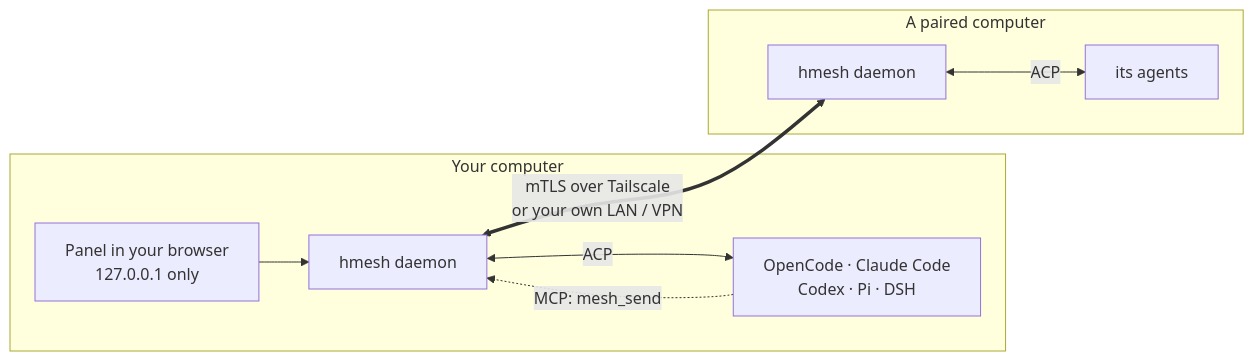
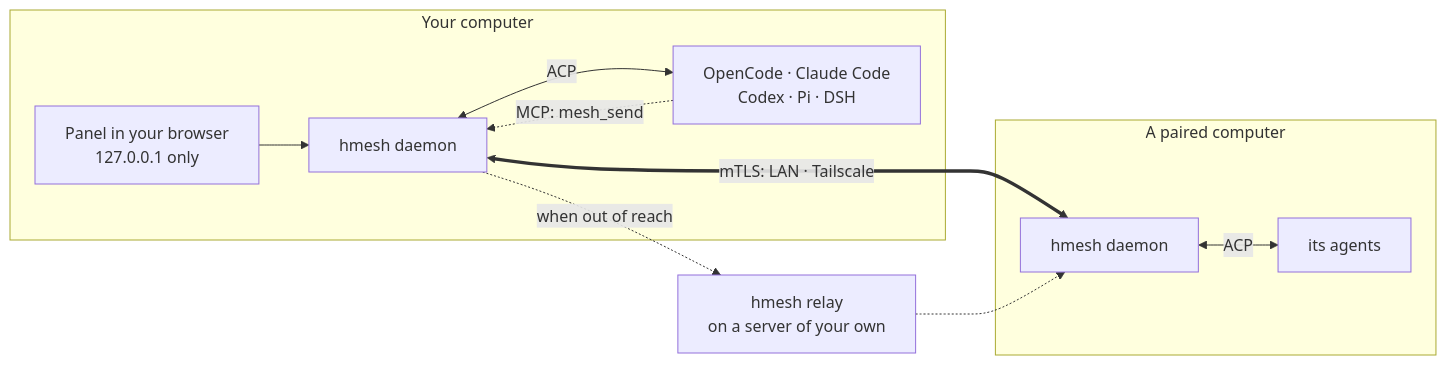
One commit to jackie-cqz/HarnessMesh changed the diagram in README.md. Above: the diagram before and after it, drawn with Mermaid. The commit also changed other lines of this file and 15 other files, not shown here.

````diff
--- a/README.md
+++ b/README.md
@@ -48,12 +53,14 @@
 ```mermaid
 flowchart LR
   subgraph A["Your computer"]
     panel["Panel in your browser<br/>127.0.0.1 only"] --> d1["hmesh daemon"]
     d1 <-->|ACP| a1["OpenCode · Claude Code<br/>Codex · Pi · DSH"]
     a1 -.->|"MCP: mesh_send"| d1
   end
   subgraph B["A paired computer"]
     d2["hmesh daemon"] <-->|ACP| a2["its agents"]
   end
-  d1 <==>|"mTLS over Tailscale<br/>or your own LAN / VPN"| d2
+  d1 <==>|"mTLS: LAN · Tailscale"| d2
+  d1 -.->|"when out of reach"| relay["hmesh relay<br/>on a server of your own"]
+  relay -.-> d2
 ```
````
